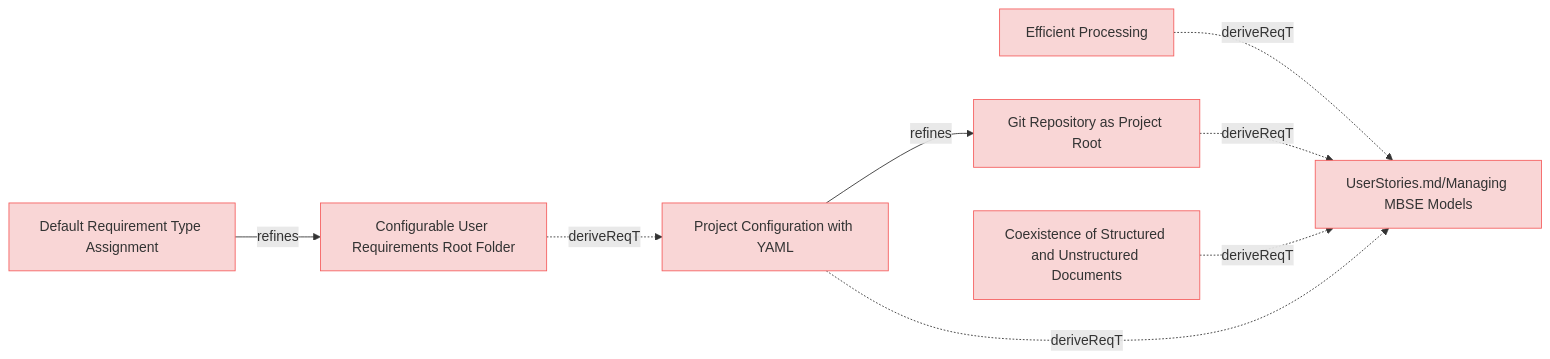
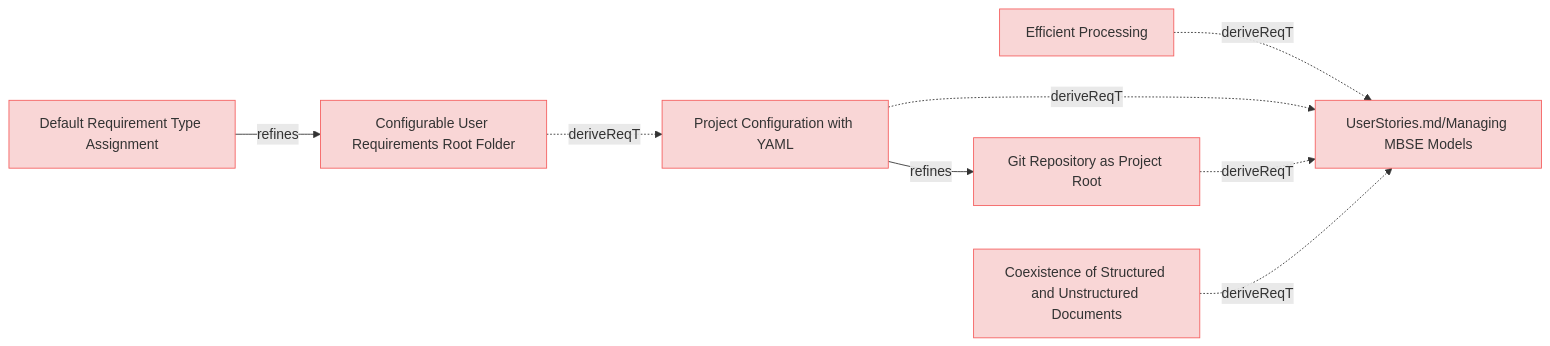
One commit to reqvire-org/reqvire changed the diagram in specifications/ManagingMbseModelsRequirements.md. Above: the diagram before and after it, drawn with Mermaid. The commit also changed other lines of this file and 14 other files, not shown here.

````diff
--- a/specifications/ManagingMbseModelsRequirements.md
+++ b/specifications/ManagingMbseModelsRequirements.md
@@ -4,37 +4,37 @@
 ```mermaid
 graph LR;
   %% Graph styling
   classDef requirement fill:#f9d6d6,stroke:#f55f5f,stroke-width:1px;
   classDef verification fill:#d6f9d6,stroke:#5fd75f,stroke-width:1px;
   classDef externalLink fill:#d0e0ff,stroke:#3080ff,stroke-width:1px;
   classDef default fill:#f5f5f5,stroke:#333333,stroke-width:1px;
 
   d193d11c43776bec["Efficient Processing"];
   class d193d11c43776bec requirement;
   click d193d11c43776bec "ManagingMbseModelsRequirements.md#efficient-processing";
   e61b7c1baa89bfc6["UserStories.md/Managing MBSE Models"];
   class e61b7c1baa89bfc6 requirement;
   click e61b7c1baa89bfc6 "UserStories.md#managing-mbse-models";
   d193d11c43776bec -.->|deriveReqT| e61b7c1baa89bfc6;
+  16b4b380c917deb1["Project Configuration with YAML"];
+  class 16b4b380c917deb1 requirement;
+  click 16b4b380c917deb1 "ManagingMbseModelsRequirements.md#project-configuration-with-yaml";
+  16b4b380c917deb1 -.->|deriveReqT| e61b7c1baa89bfc6;
   649d72765b13e14f["Git Repository as Project Root"];
   class 649d72765b13e14f requirement;
   click 649d72765b13e14f "ManagingMbseModelsRequirements.md#git-repository-as-project-root";
-  649d72765b13e14f -.->|deriveReqT| e61b7c1baa89bfc6;
+  16b4b380c917deb1 -->|refines| 649d72765b13e14f;
   c9cc6878a73bb951["Default Requirement Type Assignment"];
   class c9cc6878a73bb951 requirement;
   click c9cc6878a73bb951 "ManagingMbseModelsRequirements.md#default-requirement-type-assignment";
   d9354ef2eca0f2d0["Configurable User Requirements Root Folder"];
   class d9354ef2eca0f2d0 requirement;
   click d9354ef2eca0f2d0 "ManagingMbseModelsRequirements.md#configurable-user-requirements-root-folder";
   c9cc6878a73bb951 -->|refines| d9354ef2eca0f2d0;
+  649d72765b13e14f -.->|deriveReqT| e61b7c1baa89bfc6;
   f0d721424636370e["Coexistence of Structured and Unstructured Documents"];
   class f0d721424636370e requirement;
   click f0d721424636370e "ManagingMbseModelsRequirements.md#coexistence-of-structured-and-unstructured-documents";
   f0d721424636370e -.->|deriveReqT| e61b7c1baa89bfc6;
-  16b4b380c917deb1["Project Configuration with YAML"];
-  class 16b4b380c917deb1 requirement;
-  click 16b4b380c917deb1 "ManagingMbseModelsRequirements.md#project-configuration-with-yaml";
   d9354ef2eca0f2d0 -.->|deriveReqT| 16b4b380c917deb1;
-  16b4b380c917deb1 -.->|deriveReqT| e61b7c1baa89bfc6;
-  16b4b380c917deb1 -->|refines| 649d72765b13e14f;
 ```
````
